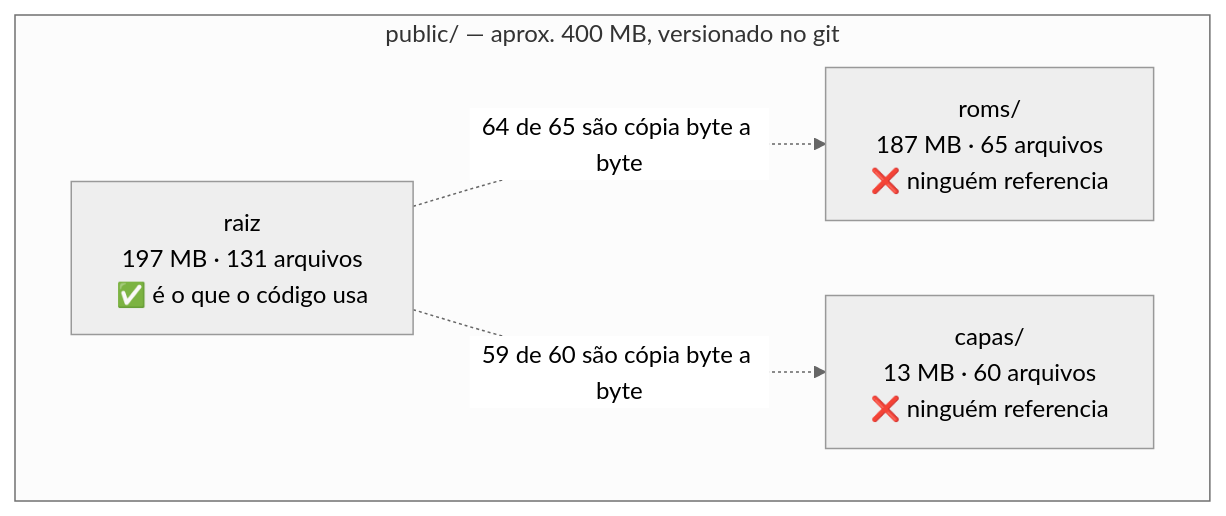
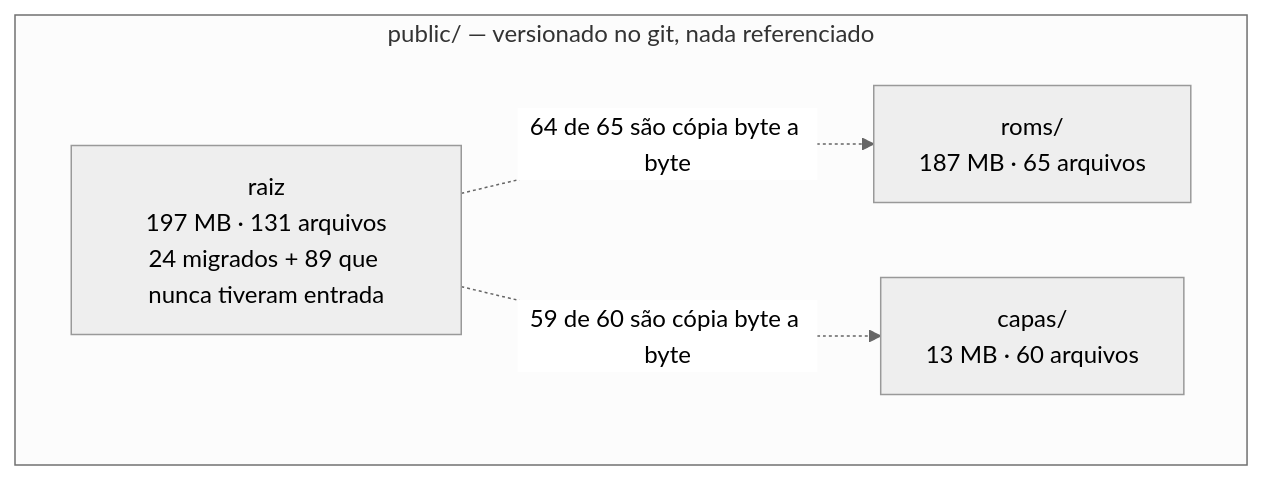
One commit to Assopra-fita/Sopra-Fitas changed the third of 4 diagrams in docs/CATALOGO-DE-JOGOS.md. Above: the diagram before and after it, drawn with Mermaid (neutral theme). The commit also changed other lines of this file and 8 other files, not shown here.

````diff
--- a/docs/CATALOGO-DE-JOGOS.md
+++ b/docs/CATALOGO-DE-JOGOS.md
@@ -202,10 +226,10 @@
 ```mermaid
 flowchart TB
-    subgraph PUB["public/ — aprox. 400 MB, versionado no git"]
-        RAIZ["raiz<br/>197 MB · 131 arquivos<br/>✅ é o que o código usa"]
-        RM["roms/<br/>187 MB · 65 arquivos<br/>❌ ninguém referencia"]
-        CP["capas/<br/>13 MB · 60 arquivos<br/>❌ ninguém referencia"]
+    subgraph PUB["public/ — versionado no git, nada referenciado"]
+        RAIZ["raiz<br/>197 MB · 131 arquivos<br/>24 migrados + 89 que nunca tiveram entrada"]
+        RM["roms/<br/>187 MB · 65 arquivos"]
+        CP["capas/<br/>13 MB · 60 arquivos"]
     end
     RAIZ -.->|"64 de 65 são cópia byte a byte"| RM
     RAIZ -.->|"59 de 60 são cópia byte a byte"| CP
 ```
````
